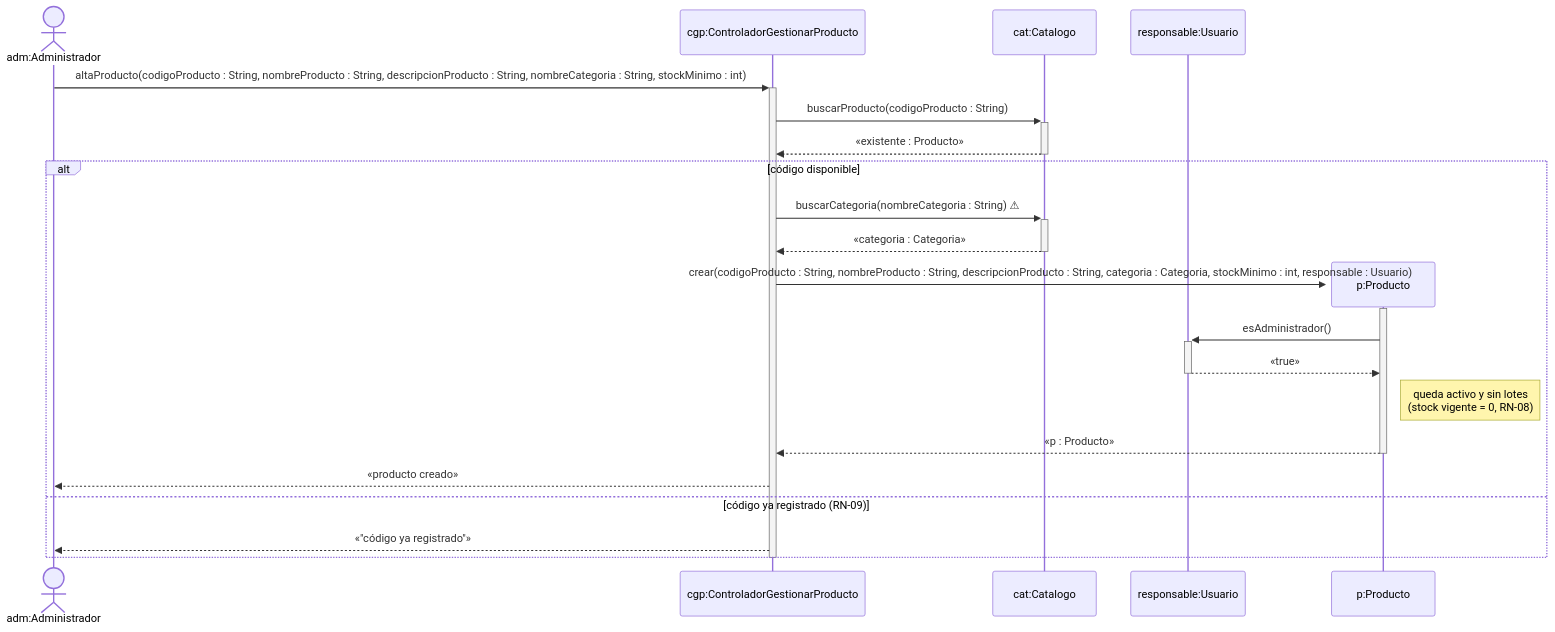
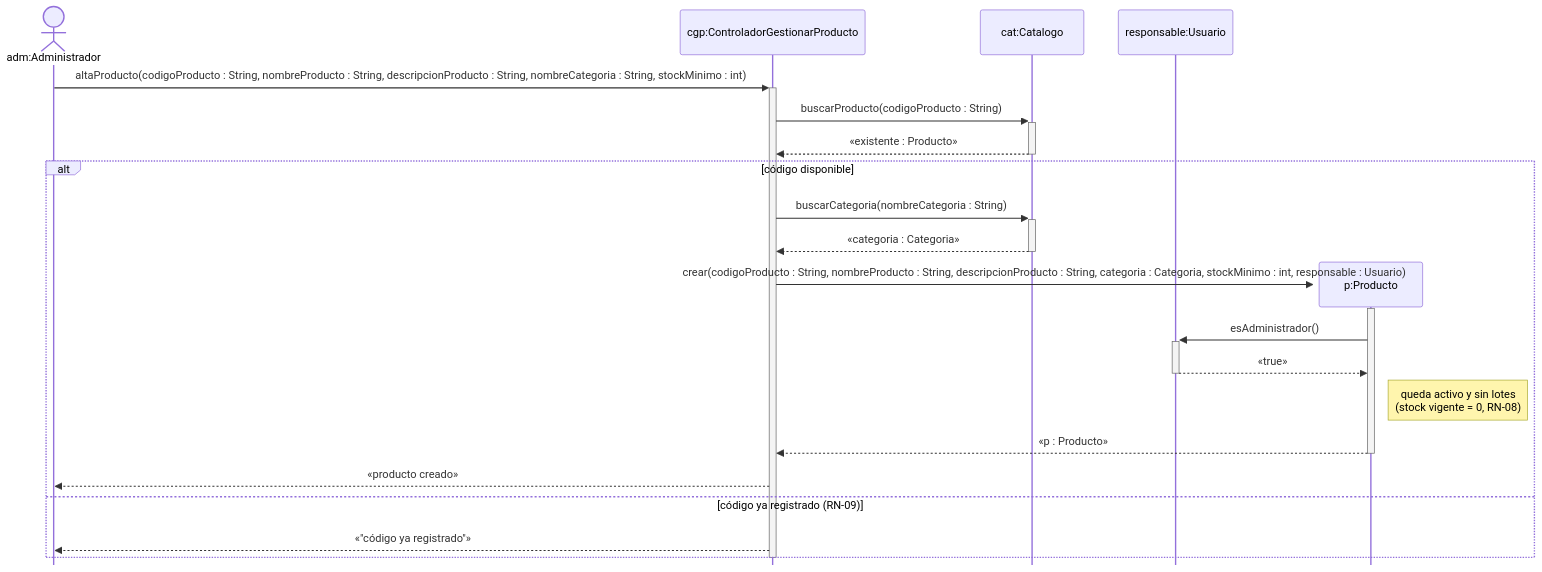
The sixth of 12 diagrams in 08-Diagrama De Secuencia/Diagramas_de_Secuencia.md (cirotop/Stock-Project), drawn with Mermaid before and after one commit. The commit also changed other lines of this file and 2 other files, not shown here.

````diff
--- a/08-Diagrama De Secuencia/Diagramas_de_Secuencia.md
+++ b/08-Diagrama De Secuencia/Diagramas_de_Secuencia.md
@@ -162,25 +166,26 @@
 ```mermaid
+%%{init: {"sequence": {"mirrorActors": false}, "themeCSS": ".loopLine { stroke-dasharray: none !important; stroke-width: 1.5px !important; }"}}%%
 sequenceDiagram
     actor adm as adm:Administrador
     participant cgp as cgp:ControladorGestionarProducto
     participant cat as cat:Catalogo
     participant resp as responsable:Usuario
 
     adm->>+cgp: altaProducto(codigoProducto : String, nombreProducto : String, descripcionProducto : String, nombreCategoria : String, stockMinimo : int)
     cgp->>+cat: buscarProducto(codigoProducto : String)
     cat-->>-cgp: «existente : Producto»
     alt código disponible
-        cgp->>+cat: buscarCategoria(nombreCategoria : String) ⚠
+        cgp->>+cat: buscarCategoria(nombreCategoria : String)
         cat-->>-cgp: «categoria : Categoria»
         create participant p as p:Producto
         cgp->>+p: crear(codigoProducto : String, nombreProducto : String, descripcionProducto : String, categoria : Categoria, stockMinimo : int, responsable : Usuario)
         p->>+resp: esAdministrador()
         resp-->>-p: «true»
         Note right of p: queda activo y sin lotes<br/>(stock vigente = 0, RN-08)
         p-->>-cgp: «p : Producto»
         cgp-->>adm: «producto creado»
     else código ya registrado (RN-09)
         cgp-->>adm: «"código ya registrado"»
     end
     deactivate cgp
 ```
````
